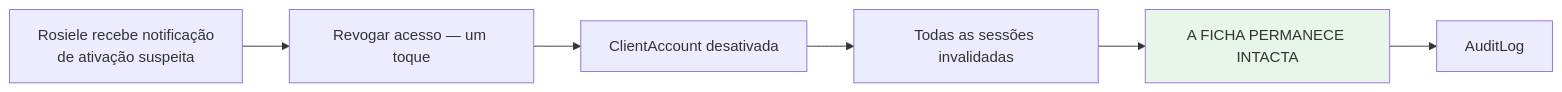
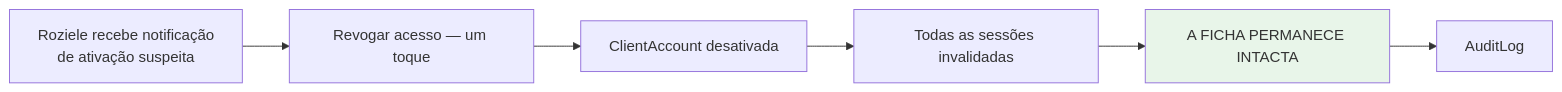
Before and after one commit to alanaraujo-bit/RoHair: the ninth of 11 diagrams in docs/07-FLUXOS.md, drawn with Mermaid. The commit also changed other lines of this file and 52 other files, not shown here.

````diff
--- a/docs/07-FLUXOS.md
+++ b/docs/07-FLUXOS.md
@@ -255,9 +255,9 @@
 ```mermaid
 flowchart LR
-    A["Rosiele recebe notificação<br/>de ativação suspeita"] --> B["Revogar acesso — um toque"]
+    A["Roziele recebe notificação<br/>de ativação suspeita"] --> B["Revogar acesso — um toque"]
     B --> C["ClientAccount desativada"]
     C --> D["Todas as sessões invalidadas"]
     D --> E["A FICHA PERMANECE INTACTA"]
     E --> F["AuditLog"]
     style E fill:#e8f5e9
 ```
````
